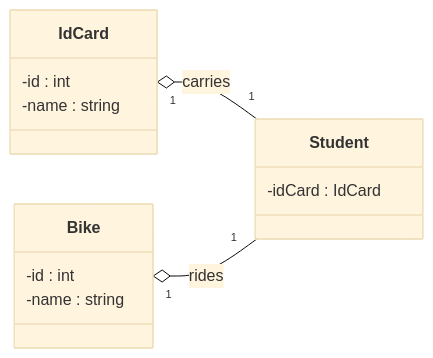
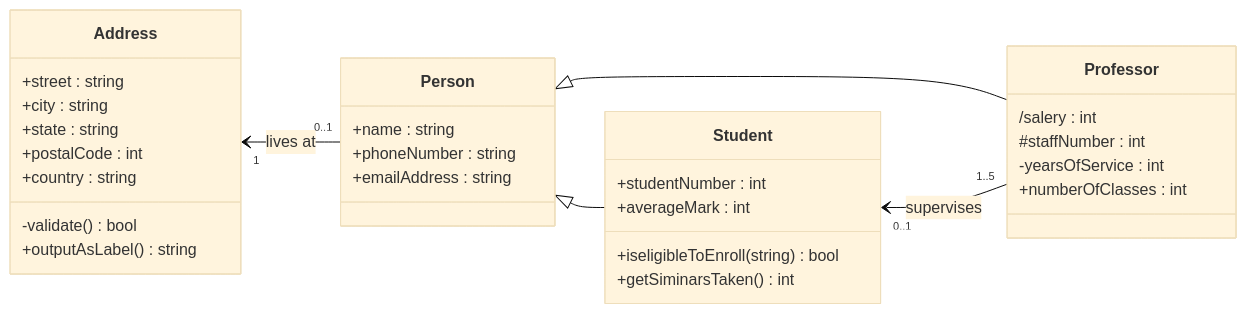
The diagram in Dokumentation/UMLClassD.md (Mercantech/H1-MAGS), drawn with Mermaid (base theme) before and after one commit.

`````diff
--- a/Dokumentation/UMLClassD.md
+++ b/Dokumentation/UMLClassD.md
@@ -1,18 +1,35 @@
-````mermaid
+```mermaid
 classDiagram
   direction RL
-  class Student {
-    -idCard : IdCard
+  class Person {
+    +name : string
+    +phoneNumber : string
+    +emailAddress : string
   }
-  class IdCard{
-    -id : int
-    -name : string
+  class Student{
+    +studentNumber : int
+    +averageMark : int
+    +iseligibleToEnroll(string) bool
+    +getSiminarsTaken() int
   }
-  class Bike{
-    -id : int
-    -name : string
+  class Professor{
+    /salery : int
+    #staffNumber : int
+    -yearsOfService : int
+    +numberOfClasses : int
   }
-  Student "1" --o "1" IdCard : carries
-  Student "1" --o "1" Bike : rides
-```mermaid
-````
+  class Address{
+    +street : string
+    +city : string
+    +state : string
+    +postalCode : int
+    +country : string
+    -validate() bool
+    +outputAsLabel() string
+  }
+  Person "0..1" --> "1" Address : lives at
+  Professor --|> Person
+  Student --|> Person
+  Professor "1..5" --> "0..1" Student : supervises
+
+```
`````
